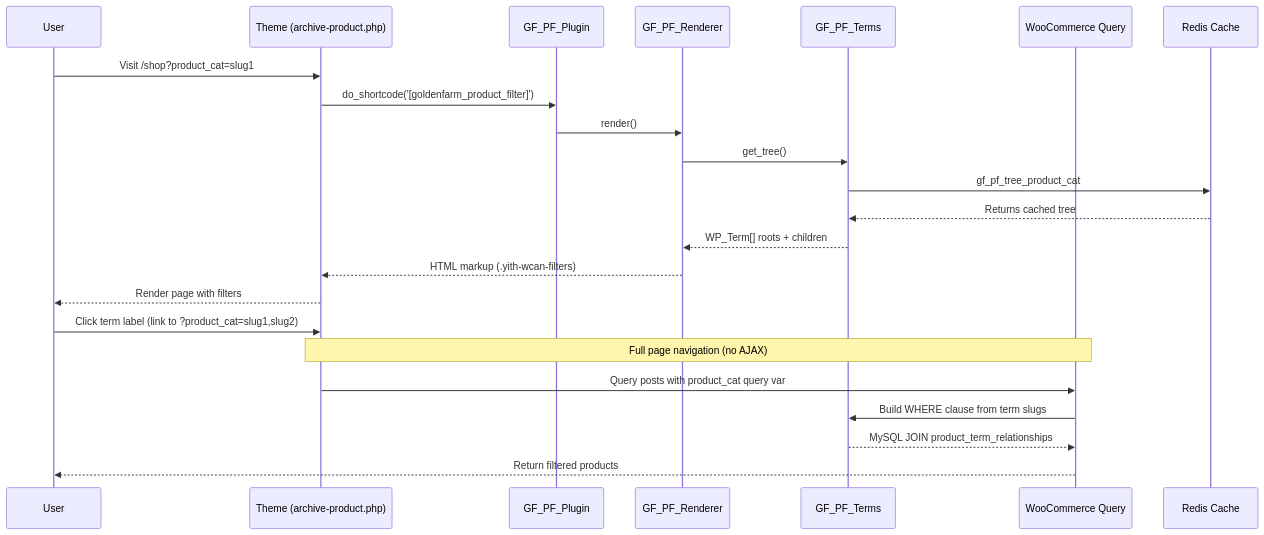
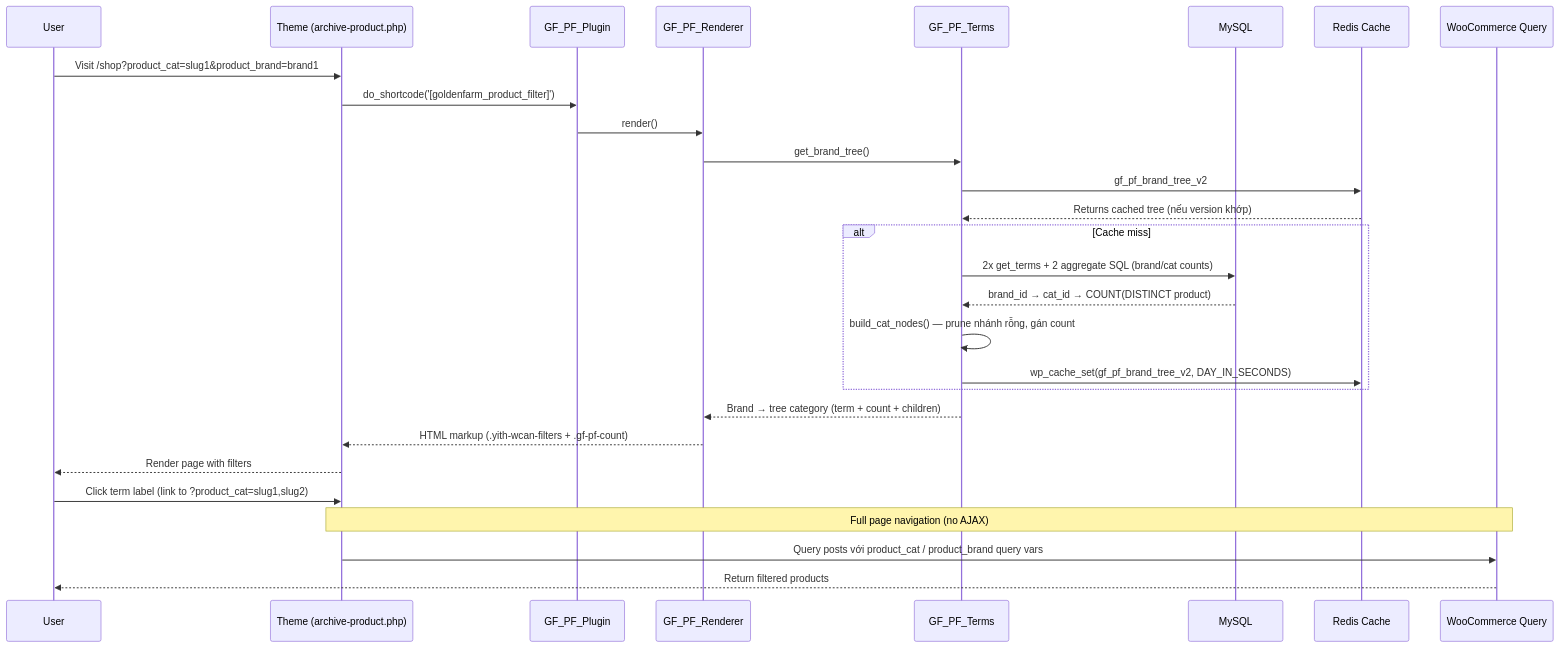
One commit to Khoavila12889/website changed the diagram in sites/goldenfarm.com.vn/wp-content/plugins/goldenfarm-product-filter/PLUGIN-TECHNICAL.md. Above: the diagram before and after it, drawn with Mermaid. The commit also changed other lines of this file and 8 other files, not shown here.

Commit message:
Optimize product filter: DB-driven brand tree from real product-category relationships, prune empty branches, recursive multi-level renderer with counts + reset, v1.3.0

````diff
--- a/sites/goldenfarm.com.vn/wp-content/plugins/goldenfarm-product-filter/PLUGIN-TECHNICAL.md
+++ b/sites/goldenfarm.com.vn/wp-content/plugins/goldenfarm-product-filter/PLUGIN-TECHNICAL.md
@@ -37,27 +39,32 @@
 ```mermaid
 sequenceDiagram
     participant User as User
     participant Theme as Theme (archive-product.php)
     participant Plugin as GF_PF_Plugin
     participant Renderer as GF_PF_Renderer
     participant Terms as GF_PF_Terms
+    participant DB as MySQL
+    participant Cache as Redis Cache
     participant WC as WooCommerce Query
-    participant Cache as Redis Cache
 
-    User->>Theme: Visit /shop?product_cat=slug1
+    User->>Theme: Visit /shop?product_cat=slug1&product_brand=brand1
     Theme->>Plugin: do_shortcode('[goldenfarm_product_filter]')
     Plugin->>Renderer: render()
-    Renderer->>Terms: get_tree()
-    Terms->>Cache: gf_pf_tree_product_cat
-    Cache-->>Terms: Returns cached tree
-    Terms-->>Renderer: WP_Term[] roots + children
-    Renderer-->>Theme: HTML markup (.yith-wcan-filters)
+    Renderer->>Terms: get_brand_tree()
+    Terms->>Cache: gf_pf_brand_tree_v2
+    Cache-->>Terms: Returns cached tree (nếu version khớp)
+    alt Cache miss
+        Terms->>DB: 2x get_terms + 2 aggregate SQL (brand/cat counts)
+        DB-->>Terms: brand_id → cat_id → COUNT(DISTINCT product)
+        Terms->>Terms: build_cat_nodes() — prune nhánh rỗng, gán count
+        Terms->>Cache: wp_cache_set(gf_pf_brand_tree_v2, DAY_IN_SECONDS)
+    end
+    Terms-->>Renderer: Brand → tree category (term + count + children)
+    Renderer-->>Theme: HTML markup (.yith-wcan-filters + .gf-pf-count)
     Theme-->>User: Render page with filters
 
     User->>Theme: Click term label (link to ?product_cat=slug1,slug2)
     Note over Theme,WC: Full page navigation (no AJAX)
-    Theme->>WC: Query posts with product_cat query var
-    WC->>Terms: Build WHERE clause from term slugs
-    Terms-->>WC: MySQL JOIN product_term_relationships
+    Theme->>WC: Query posts với product_cat / product_brand query vars
     WC-->>User: Return filtered products
 ```
````
